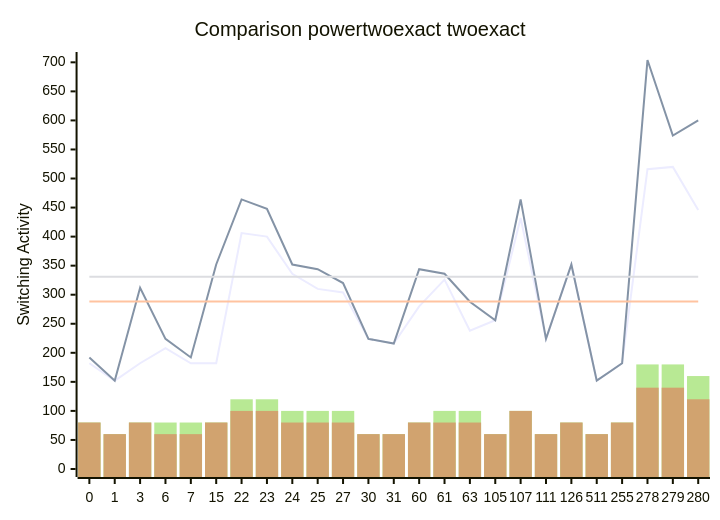
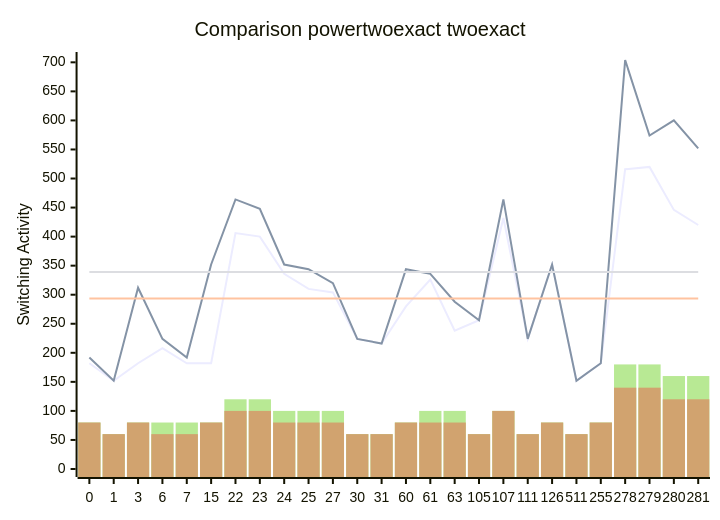
One commit to FeldmeierMichael/Exact-Power-Synthesis changed the diagram in benchmark_opt.md. Above: the diagram before and after it, drawn with Mermaid. The commit also changed other lines of this file, not shown here.

````diff
--- a/benchmark_opt.md
+++ b/benchmark_opt.md
@@ -55,12 +57,12 @@
 ```mermaid
 xychart-beta
     title "Comparison powertwoexact twoexact"
-    x-axis [0, 1, 3, 6, 7, 15, 22, 23, 24, 25, 27, 30, 31, 60, 61, 63, 105, 107, 111, 126, 511, 255, 278, 279, 280]
+    x-axis [0, 1, 3, 6, 7, 15, 22, 23, 24, 25, 27, 30, 31, 60, 61, 63, 105, 107, 111, 126, 511, 255, 278, 279, 280, 281]
     y-axis "Switching Activity" 0-->704
-    line [182, 152, 182, 208, 182, 182, 406, 400, 336, 310, 304, 224, 216, 280, 326, 238, 256, 432, 224, 352, 152, 182, 516, 520, 446]
-    line [192, 152, 312, 224, 192, 352, 464, 448, 352, 344, 320, 224, 216, 344, 336, 288, 256, 464, 224, 352, 152, 182, 704, 574, 600]
-    line [288.32, 288.32, 288.32, 288.32, 288.32, 288.32, 288.32, 288.32, 288.32, 288.32, 288.32, 288.32, 288.32, 288.32, 288.32, 288.32, 288.32, 288.32, 288.32, 288.32, 288.32, 288.32, 288.32, 288.32, 288.32]
-    line [330.72, 330.72, 330.72, 330.72, 330.72, 330.72, 330.72, 330.72, 330.72, 330.72, 330.72, 330.72, 330.72, 330.72, 330.72, 330.72, 330.72, 330.72, 330.72, 330.72, 330.72, 330.72, 330.72, 330.72, 330.72]
-    bar [80, 60, 80, 80, 80, 80, 120, 120, 100, 100, 100, 60, 60, 80, 100, 100, 60, 100, 60, 80, 60, 80, 180, 180, 160]
-    bar [80, 60, 80, 60, 60, 80, 100, 100, 80, 80, 80, 60, 60, 80, 80, 80, 60, 100, 60, 80, 60, 80, 140, 140, 120]
+    line [182, 152, 182, 208, 182, 182, 406, 400, 336, 310, 304, 224, 216, 280, 326, 238, 256, 432, 224, 352, 152, 182, 516, 520, 446, 420]
+    line [192, 152, 312, 224, 192, 352, 464, 448, 352, 344, 320, 224, 216, 344, 336, 288, 256, 464, 224, 352, 152, 182, 704, 574, 600, 552]
+    line [293.38461538461536, 293.38461538461536, 293.38461538461536, 293.38461538461536, 293.38461538461536, 293.38461538461536, 293.38461538461536, 293.38461538461536, 293.38461538461536, 293.38461538461536, 293.38461538461536, 293.38461538461536, 293.38461538461536, 293.38461538461536, 293.38461538461536, 293.38461538461536, 293.38461538461536, 293.38461538461536, 293.38461538461536, 293.38461538461536, 293.38461538461536, 293.38461538461536, 293.38461538461536, 293.38461538461536, 293.38461538461536, 293.38461538461536]
+    line [339.2307692307692, 339.2307692307692, 339.2307692307692, 339.2307692307692, 339.2307692307692, 339.2307692307692, 339.2307692307692, 339.2307692307692, 339.2307692307692, 339.2307692307692, 339.2307692307692, 339.2307692307692, 339.2307692307692, 339.2307692307692, 339.2307692307692, 339.2307692307692, 339.2307692307692, 339.2307692307692, 339.2307692307692, 339.2307692307692, 339.2307692307692, 339.2307692307692, 339.2307692307692, 339.2307692307692, 339.2307692307692, 339.2307692307692]
+    bar [80, 60, 80, 80, 80, 80, 120, 120, 100, 100, 100, 60, 60, 80, 100, 100, 60, 100, 60, 80, 60, 80, 180, 180, 160, 160]
+    bar [80, 60, 80, 60, 60, 80, 100, 100, 80, 80, 80, 60, 60, 80, 80, 80, 60, 100, 60, 80, 60, 80, 140, 140, 120, 120]
 ```
````
